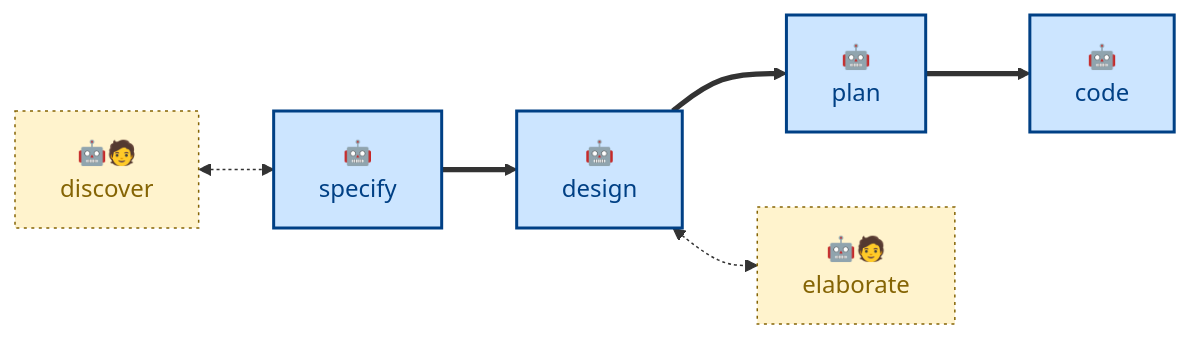
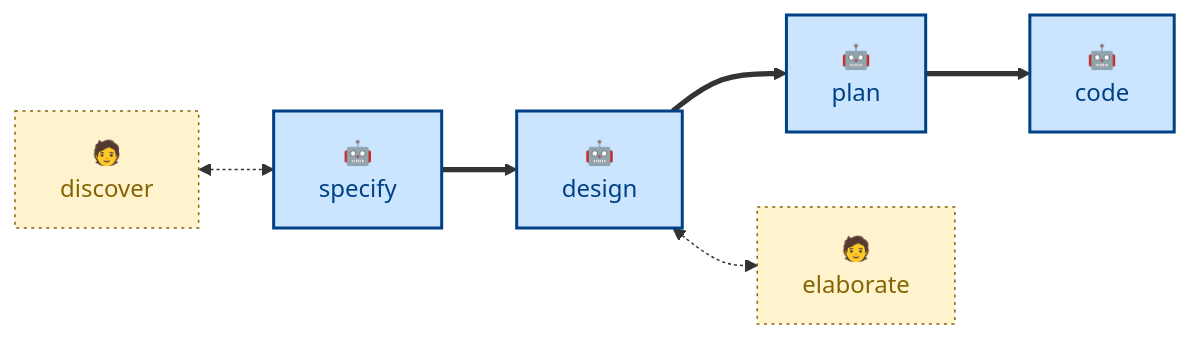
Before and after one commit to kieranpotts/skills: the third of 3 diagrams in README.md, drawn with Mermaid. The commit also changed other lines of this file, not shown here.

````diff
--- a/README.md
+++ b/README.md
@@ -165,21 +284,21 @@
 ```mermaid
 flowchart LR
   specify["🤖<br/>specify"]:::agentic
   design["🤖<br/>design"]:::agentic
   plan["🤖<br/>plan"]:::agentic
   code["🤖<br/>code"]:::agentic
 
-  discover["🤖🧑<br/>discover"]:::anthropic
-  elaborate["🤖🧑<br/>elaborate"]:::anthropic
+  discover["🧑<br/>discover"]:::anthropic
+  elaborate["🧑<br/>elaborate"]:::anthropic
 
   specify ==> design
   design ==> plan
   plan ==> code
 
   discover <-.-> specify
   design <-.-> elaborate
 
   %% Class definitions.
   classDef agentic fill:#cce5ff,stroke:#004085,color:#004085,stroke-width:2px
   classDef anthropic fill:#fff3cd,stroke:#856404,color:#856404,stroke-width:1px,stroke-dasharray:2 3
 ```
````
